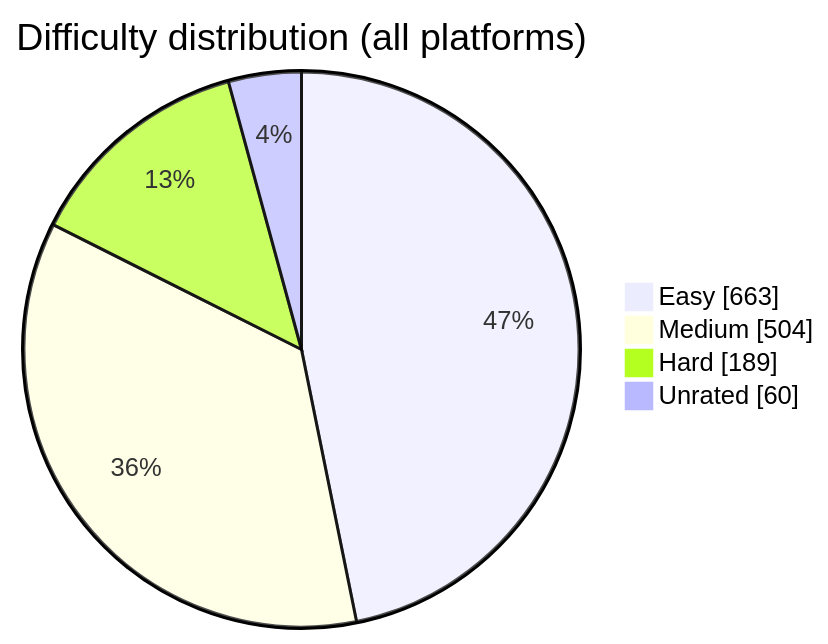
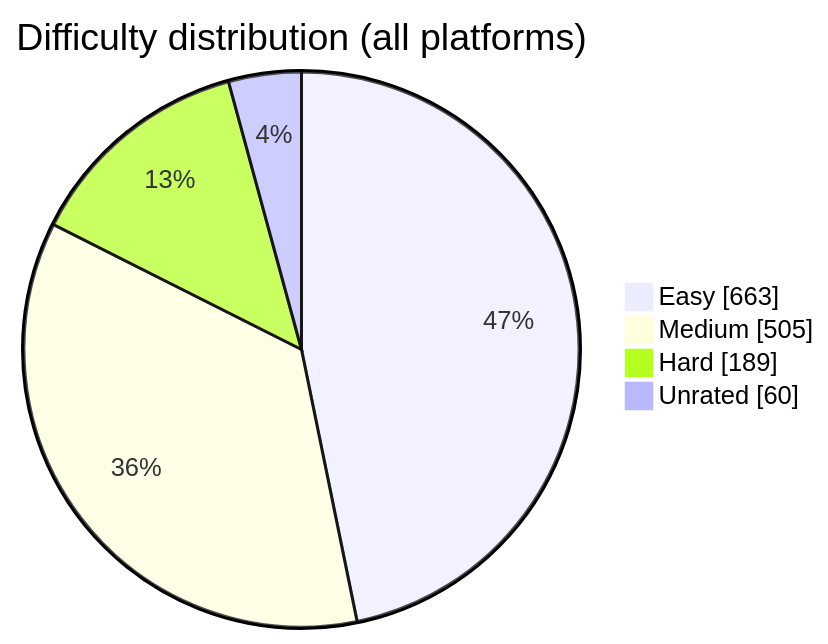
Before and after one commit to BuildbyArindam/Daily-Coding-Log: the diagram in README.md, drawn with Mermaid. The commit also changed other lines of this file, not shown here.

````diff
--- a/README.md
+++ b/README.md
@@ -93,7 +93,7 @@
 ```mermaid
 pie showData title Difficulty distribution (all platforms)
     "Easy" : 663
-    "Medium" : 504
+    "Medium" : 505
     "Hard" : 189
     "Unrated" : 60
 ```
````
